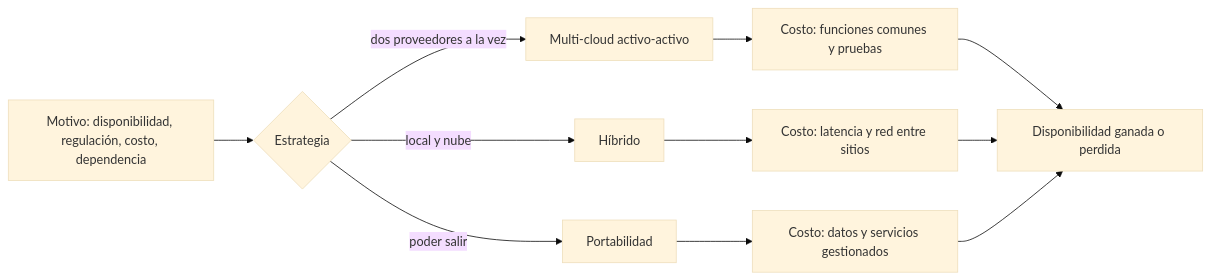
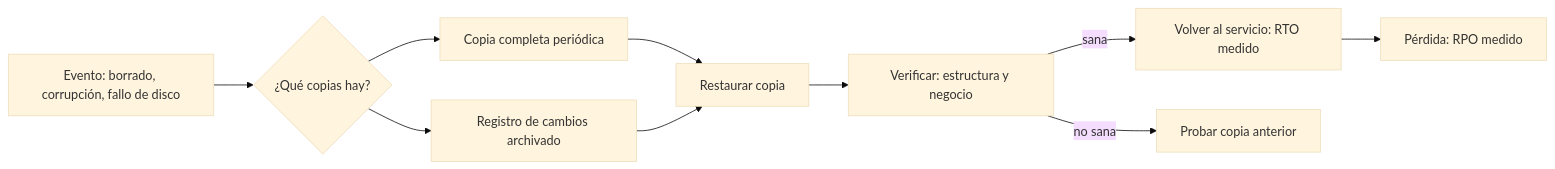
Before and after one commit to vladimiracunadev-create/modern-software-engineering-program: the diagram in content/part-29/SE-357.md, drawn with Mermaid (base theme). The commit also changed other lines of this file and 5193 other files, not shown here.

````diff
--- a/content/part-29/SE-357.md
+++ b/content/part-29/SE-357.md
@@ -54,13 +55,12 @@
 ```mermaid
 flowchart LR
-    A[Motivo: disponibilidad, regulación, costo, dependencia] --> B{Estrategia}
-    B -->|dos proveedores a la vez| C[Multi-cloud activo-activo]
-    B -->|local y nube| D[Híbrido]
-    B -->|poder salir| E[Portabilidad]
-    C --> F[Costo: funciones comunes y pruebas]
-    D --> G[Costo: latencia y red entre sitios]
-    E --> H[Costo: datos y servicios gestionados]
-    F --> I[Disponibilidad ganada o perdida]
-    G --> I
-    H --> I
+    A[Evento: borrado, corrupción, fallo de disco] --> B{¿Qué copias hay?}
+    B --> C[Copia completa periódica]
+    B --> D[Registro de cambios archivado]
+    C --> E[Restaurar copia]
+    D --> E
+    E --> F[Verificar: estructura y negocio]
+    F -->|sana| G[Volver al servicio: RTO medido]
+    F -->|no sana| H[Probar copia anterior]
+    G --> I[Pérdida: RPO medido]
 ```
````
